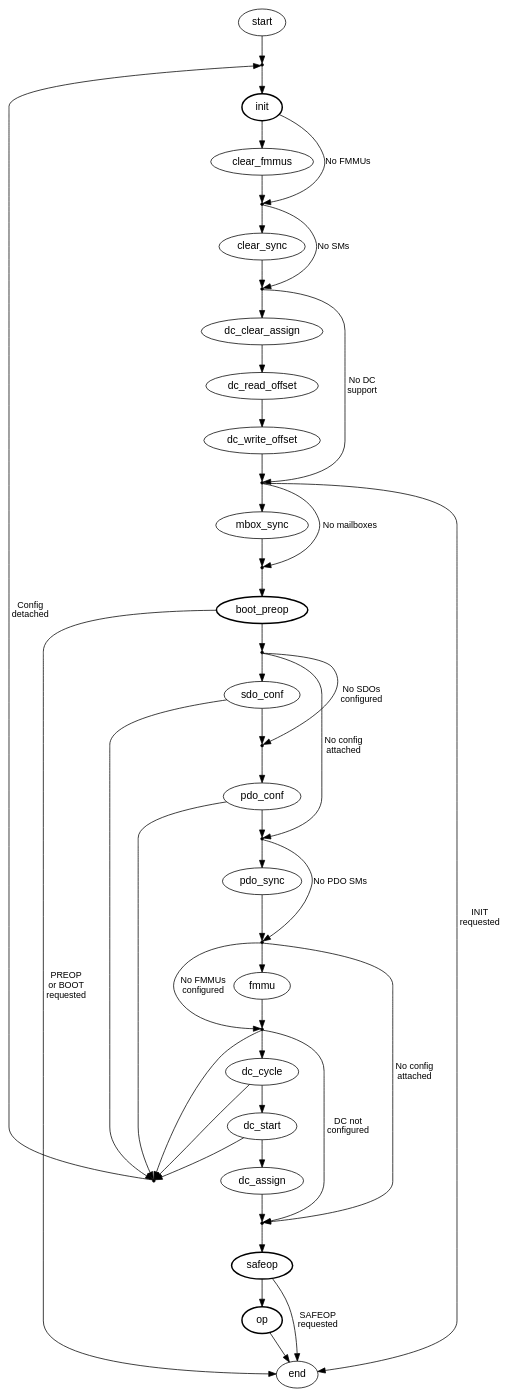
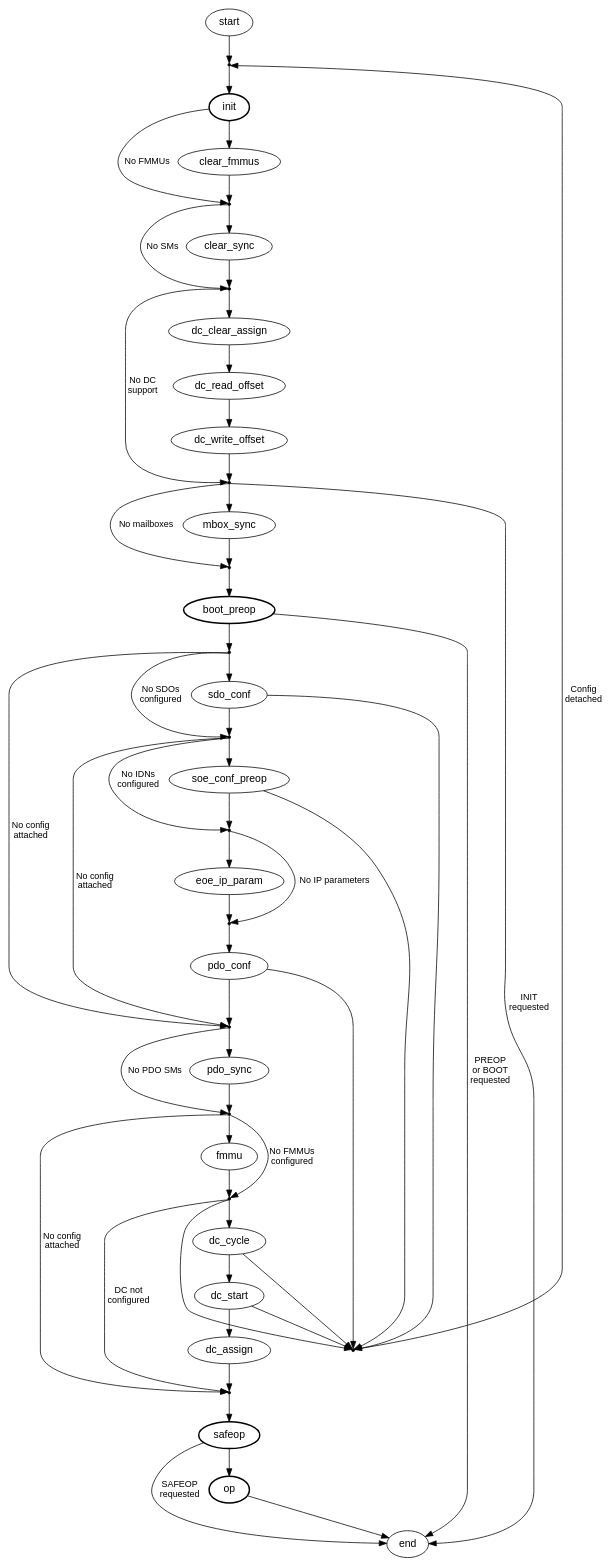
One commit to renesas-rz/EtherCAT-Master changed the diagram in documentation/graphs/fsm_slave_conf.dot. Above: the diagram before and after it, drawn with Graphviz.

Commit message:
Updated slave configuration state machine graph.

```diff
--- a/documentation/graphs/fsm_slave_conf.dot
+++ b/documentation/graphs/fsm_slave_conf.dot
@@ -1,114 +1,130 @@
 digraph slaveconf {
     node [fontname="Helvetica"]
     edge [fontname="Helvetica", fontsize="12"]
 
     start
     start -> enter_init [weight=10]
 
     enter_init [shape=point, label=""]
     enter_init -> init [weight=10]
 
     reconfigure [shape=point, label=""]
     reconfigure -> enter_init [label="Config\ndetached"]
 
     init [style="bold"]
     init -> enter_clear_sync [label="No FMMUs"]
     init -> clear_fmmus [weight=10]
 
     clear_fmmus
     clear_fmmus -> enter_clear_sync [weight=10]
 
     enter_clear_sync [shape=point, label=""]
     enter_clear_sync -> enter_dc_clear_assign [label="No SMs"]
     enter_clear_sync -> clear_sync [weight=10]
 
     clear_sync
     clear_sync -> enter_dc_clear_assign [weight=10]
 
     enter_dc_clear_assign [shape=point, label=""]
     enter_dc_clear_assign -> enter_mbox_sync [label="No DC\nsupport"]
     enter_dc_clear_assign -> dc_clear_assign [weight=10]
 
     dc_clear_assign
     dc_clear_assign -> dc_read_offset [weight=10]
 
     dc_read_offset
     dc_read_offset -> dc_write_offset [weight=10]
 
     dc_write_offset
     dc_write_offset -> enter_mbox_sync [weight=10]
 
     enter_mbox_sync [shape=point, label=""]
     enter_mbox_sync -> end [label="INIT\nrequested"]
     enter_mbox_sync -> enter_boot_preop [label="No mailboxes"]
     enter_mbox_sync -> mbox_sync [weight=10]
 
     mbox_sync
     mbox_sync -> enter_boot_preop [weight=10]
 
     enter_boot_preop [shape=point, label=""]
     enter_boot_preop -> boot_preop [weight=10]
 
     boot_preop [style="bold"]
     boot_preop -> end [label="PREOP\nor BOOT\nrequested"]
     boot_preop -> enter_sdo_conf [weight=10]
 
     enter_sdo_conf [shape=point, label=""]
     enter_sdo_conf -> enter_pdo_sync [label="No config\nattached"]
-    enter_sdo_conf -> enter_pdo_conf [label="No SDOs\nconfigured"]
+    enter_sdo_conf -> enter_soe_conf_preop [label="No SDOs\nconfigured"]
     enter_sdo_conf -> sdo_conf [weight=10]
 
     sdo_conf
     sdo_conf -> reconfigure
-    sdo_conf -> enter_pdo_conf [weight=10]
+    sdo_conf -> enter_soe_conf_preop [weight=10]
+
+    enter_soe_conf_preop [shape=point, label=""]
+    enter_soe_conf_preop -> enter_pdo_sync [label="No config\nattached"]
+    enter_soe_conf_preop -> enter_eoe_ip_param [label="No IDNs\nconfigured"]
+    enter_soe_conf_preop -> soe_conf_preop [weight=10]
+
+    soe_conf_preop
+    soe_conf_preop -> reconfigure
+    soe_conf_preop -> enter_eoe_ip_param [weight=10]
+
+    enter_eoe_ip_param [shape=point, label=""]
+    enter_eoe_ip_param -> enter_pdo_conf [label="No IP parameters"]
+    enter_eoe_ip_param -> eoe_ip_param [weight=10]
+
+    eoe_ip_param
+    eoe_ip_param -> enter_pdo_conf [weight=10]
 
     enter_pdo_conf [shape=point, label=""]
     enter_pdo_conf -> pdo_conf [weight=10]
 
     pdo_conf
     pdo_conf -> reconfigure
     pdo_conf -> enter_pdo_sync [weight=10]
 
     enter_pdo_sync [shape=point, label=""]
     enter_pdo_sync -> enter_fmmu [label="No PDO SMs"]
     enter_pdo_sync -> pdo_sync [weight=10]
 
     pdo_sync
     pdo_sync -> enter_fmmu [weight=10]
 
     enter_fmmu [shape=point,label=""]
     enter_fmmu -> enter_safeop [label="No config\nattached"]
     enter_fmmu -> enter_dc_cycle [label="No FMMUs\nconfigured"]
     enter_fmmu -> fmmu [weight=10]
 
     fmmu
     fmmu -> enter_dc_cycle [weight=10]
 
     enter_dc_cycle [shape=point,label=""]
     enter_dc_cycle -> reconfigure
     enter_dc_cycle -> dc_cycle [weight=10]
     enter_dc_cycle -> enter_safeop [label="DC not\nconfigured"]
 
     dc_cycle
     dc_cycle -> reconfigure
     dc_cycle -> dc_start [weight=10]
 
     dc_start
     dc_start -> reconfigure
     dc_start -> dc_assign [weight=10]
 
     dc_assign
     dc_assign -> enter_safeop [weight=10]
 
     enter_safeop [shape=point,label=""]
     enter_safeop -> safeop [weight=10]
 
     safeop [style="bold"]
     safeop -> end [label="SAFEOP\nrequested"]
     safeop -> op [weight=10]
 
     op [style="bold"]
     op -> end
 
     end
 }
```
